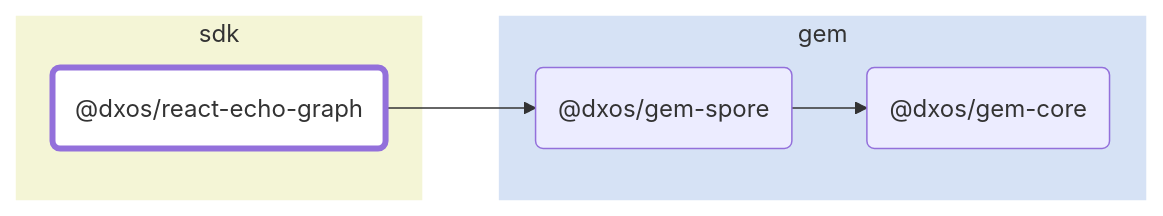
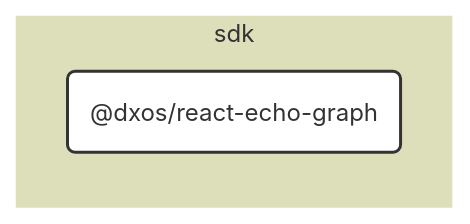
One commit to dxos/dxos changed the diagram in packages/sdk/react-echo-graph/docs/README.md. Above: the diagram before and after it, drawn with Mermaid. The commit also changed other lines of this file and 100 other files, not shown here.

````diff
--- a/packages/sdk/react-echo-graph/docs/README.md
+++ b/packages/sdk/react-echo-graph/docs/README.md
@@ -7,22 +7,25 @@
 ```mermaid
-flowchart LR;
+%%{ init: {'flowchart':{'curve':'basis'}} }%%
 
-style dxos/react-echo-graph fill:#fff,stroke-width:4px;
+flowchart LR
 
-click dxos/gem-core "https:/github.com/dxos/dxos/tree/main/packages/gem/gem-core/docs";
-click dxos/gem-spore "https:/github.com/dxos/dxos/tree/main/packages/gem/gem-spore/docs";
+%% Links
 
+%% Sections
 subgraph sdk
-  style sdk fill:#f4f5d6,stroke:#fff;
-  dxos/react-echo-graph("@dxos/react-echo-graph");
+  style sdk fill:#dddeba,stroke:#fff;
+
+  dxos/react-echo-graph("@dxos/react-echo-graph")
 end
 
-subgraph gem
-  style gem fill:#d6e2f5,stroke:#fff;
-  dxos/gem-core("@dxos/gem-core");
-  dxos/gem-spore("@dxos/gem-spore");
-end
 
-dxos/react-echo-graph --> dxos/gem-spore;
-dxos/gem-spore --> dxos/gem-core;
+%% Hyperlinks
+
+%% Styles
+classDef rootNode fill:#fff,stroke:#333,stroke-width:2px
+classDef defaultNode fill:#fff,stroke:#333,stroke-width:1px
+linkStyle default stroke:#333,stroke-width:1px
+
+dxos/react-echo-graph:::rootNode
+
 ```
````
